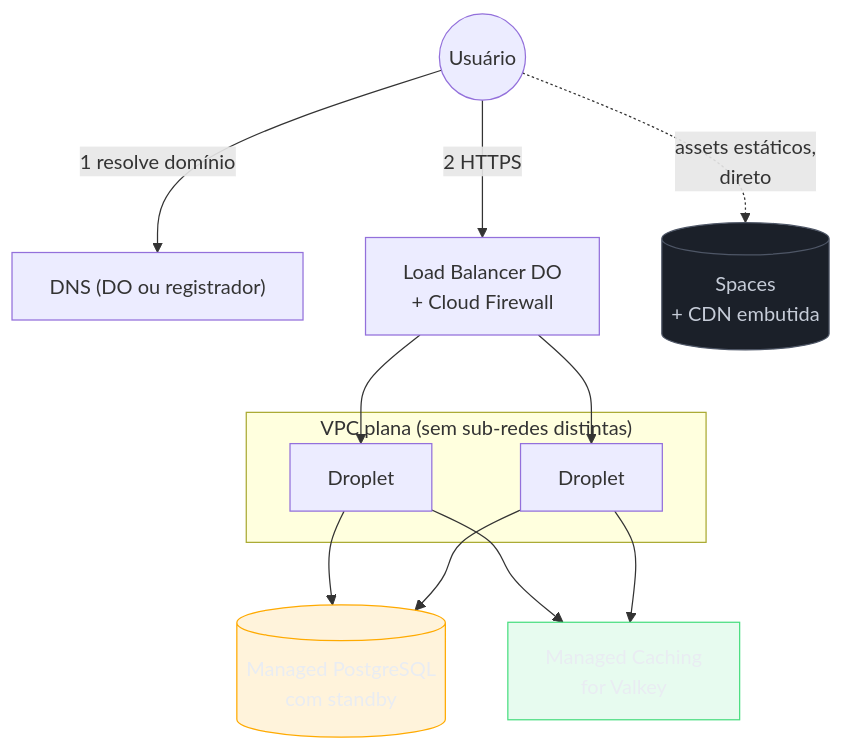
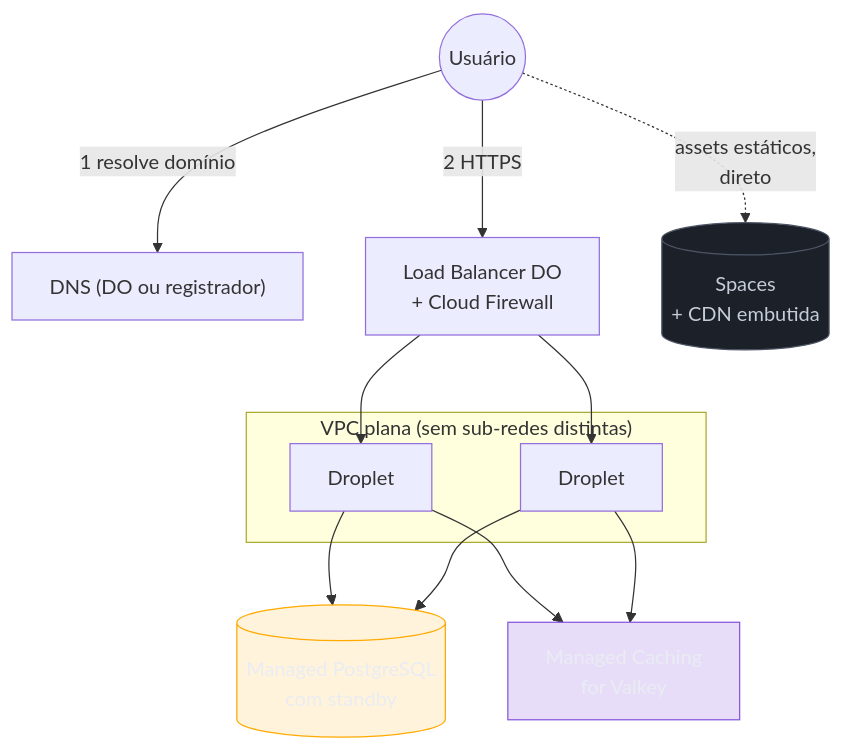
One commit to josenaldo/codex-technomanticus changed the third of 3 diagrams in 03-Dominios/Tecnologia/Cloud/10 - DNS, CDN e borda/06 - Arquitetura ponta a ponta (capstone do Bloco 2).md. Above: the diagram before and after it, drawn with Mermaid. The commit also changed other lines of this file and 601 other files, not shown here.

````diff
--- a/03-Dominios/Tecnologia/Cloud/10 - DNS, CDN e borda/06 - Arquitetura ponta a ponta (capstone do Bloco 2).md
+++ b/03-Dominios/Tecnologia/Cloud/10 - DNS, CDN e borda/06 - Arquitetura ponta a ponta (capstone do Bloco 2).md
@@ -297,32 +295,32 @@
 ```mermaid
 flowchart TB
+    classDef marca fill:#8855DF33,stroke:#8855DF,color:#E9ECF2
     classDef destaque fill:#FFAA0024,stroke:#FFAA00,color:#E9ECF2
-    classDef ok fill:#4ADE8021,stroke:#4ADE80,color:#E9ECF2
     classDef neutro fill:#1B2029,stroke:#4E5666,color:#C6CCD8
     User(("Usuário"))
     DNSdo["DNS (DO ou registrador)"]
     LB["Load Balancer DO<br/>+ Cloud Firewall"]
 
     subgraph VPCdo["VPC plana (sem sub-redes distintas)"]
         D1["Droplet"]
         D2["Droplet"]
     end
 
     DBdo[("Managed PostgreSQL<br/>com standby")]
     Cachedo["Managed Caching<br/>for Valkey"]
     Spaces[("Spaces<br/>+ CDN embutida")]
 
     User -->|"1 resolve domínio"| DNSdo
     User -->|"2 HTTPS"| LB
     LB --> D1
     LB --> D2
     D1 --> DBdo
     D2 --> DBdo
     D1 --> Cachedo
     D2 --> Cachedo
     User -.->|"assets estáticos,<br/>direto"| Spaces
 
     class DBdo destaque
-    class Cachedo ok
+    class Cachedo marca
     class Spaces neutro
 ```
````
